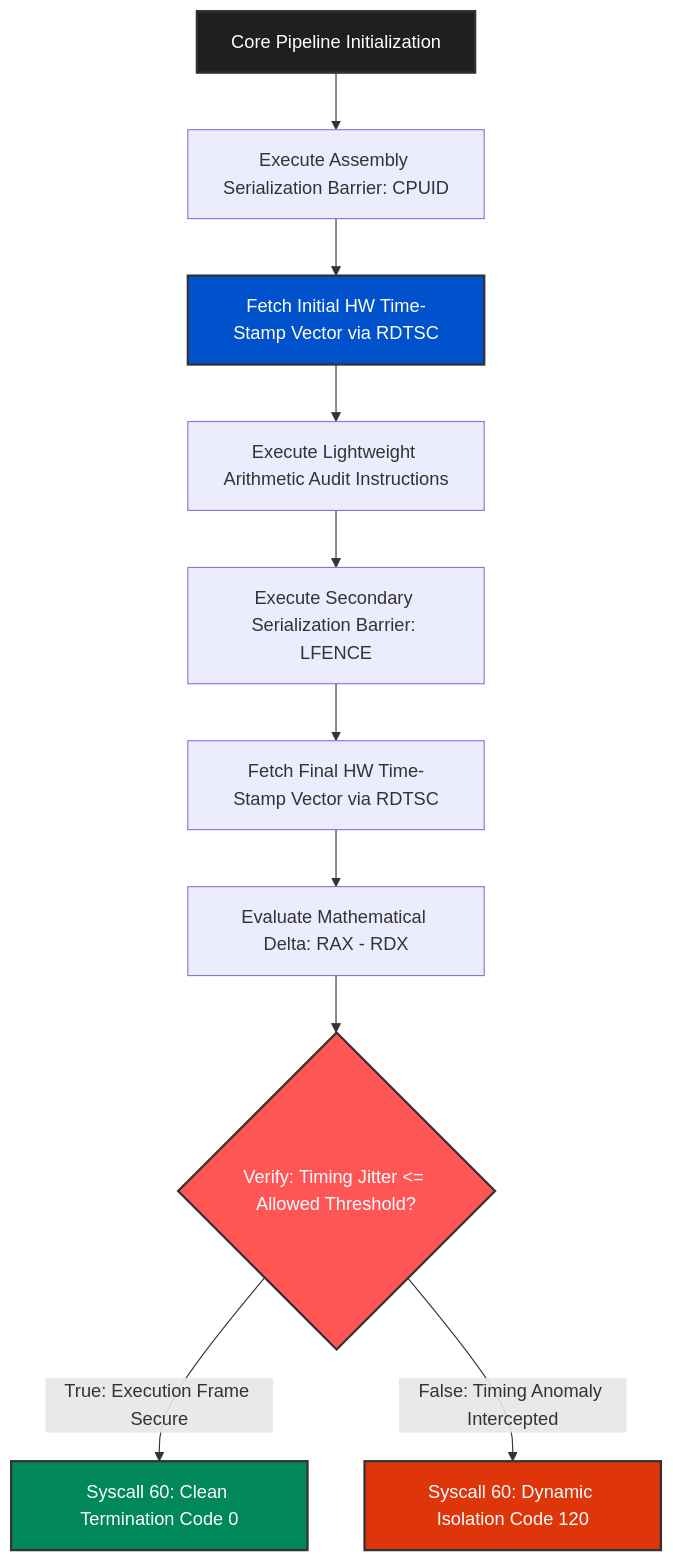
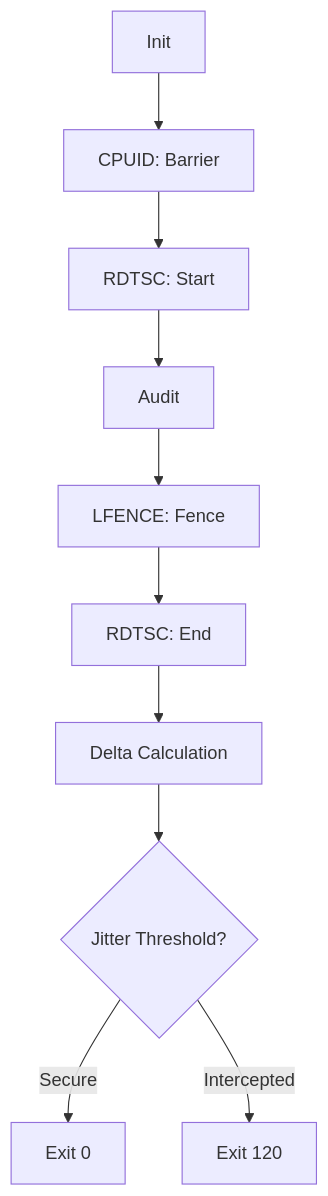
The diagram in README.md (boutaba-motezeballah/Boutaba-Kernel-Jitter-Clock-Verifier), drawn with Mermaid before and after one commit. The commit also changed other lines of this file, not shown here.

````diff
--- a/README.md
+++ b/README.md
@@ -14,18 +7,12 @@
 ```mermaid
 graph TD
-    A[Core Pipeline Initialization] --> B[Execute Assembly Serialization Barrier: CPUID]
-    B --> C[Fetch Initial HW Time-Stamp Vector via RDTSC]
-    C --> D[Execute Lightweight Arithmetic Audit Instructions]
-    D --> E[Execute Secondary Serialization Barrier: LFENCE]
-    E --> F[Fetch Final HW Time-Stamp Vector via RDTSC]
-    F --> G[Evaluate Mathematical Delta: RAX - RDX]
-    G --> H{Verify: Timing Jitter <= Allowed Threshold?}
-    H -->|True: Execution Frame Secure| I[Syscall 60: Clean Termination Code 0]
-    H -->|False: Timing Anomaly Intercepted| J[Syscall 60: Dynamic Isolation Code 120]
-
-    style A fill:#1f1f1f,stroke:#333,stroke-width:2px,color:#fff
-    style C fill:#0052cc,stroke:#333,stroke-width:2px,color:#fff
-    style H fill:#ff5555,stroke:#333,stroke-width:2px,color:#fff
-    style I fill:#00875a,stroke:#333,stroke-width:2px,color:#fff
-    style J fill:#de350b,stroke:#333,stroke-width:2px,color:#fff
+    A[Init] --> B[CPUID: Barrier]
+    B --> C[RDTSC: Start]
+    C --> D[Audit]
+    D --> E[LFENCE: Fence]
+    E --> F[RDTSC: End]
+    F --> G[Delta Calculation]
+    G --> H{Jitter Threshold?}
+    H -->|Secure| I[Exit 0]
+    H -->|Intercepted| J[Exit 120]
 ```
````
